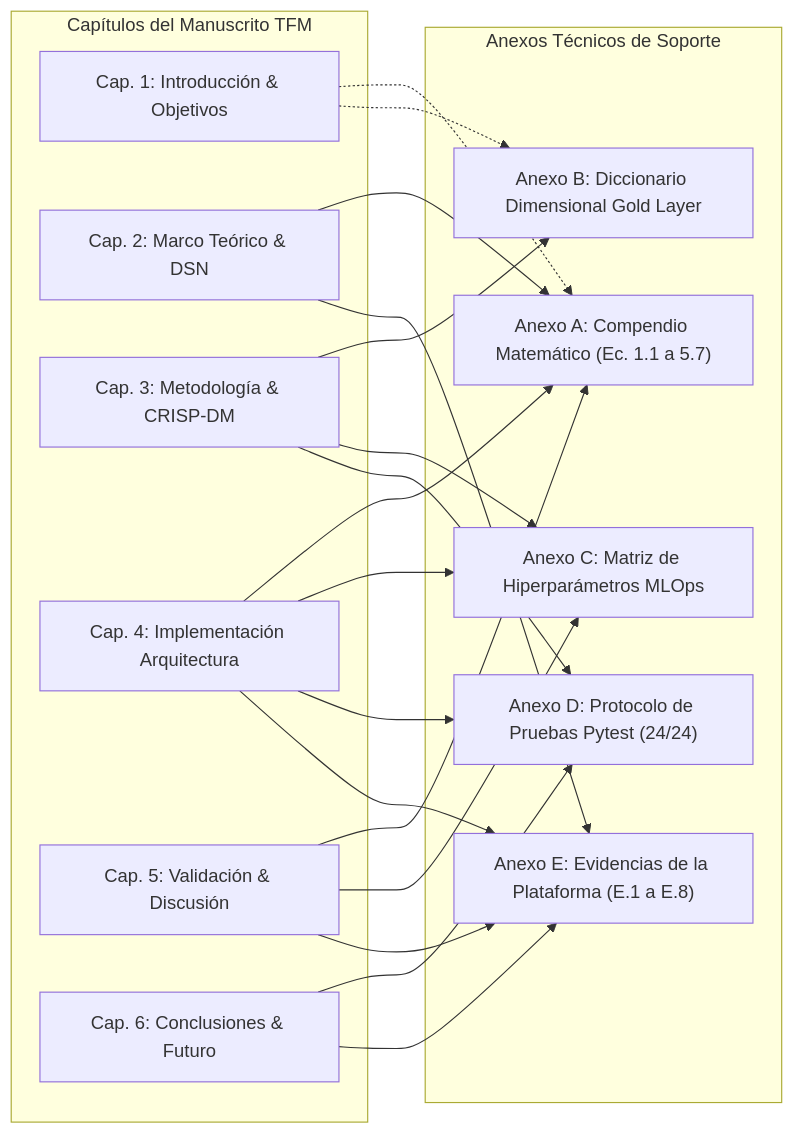
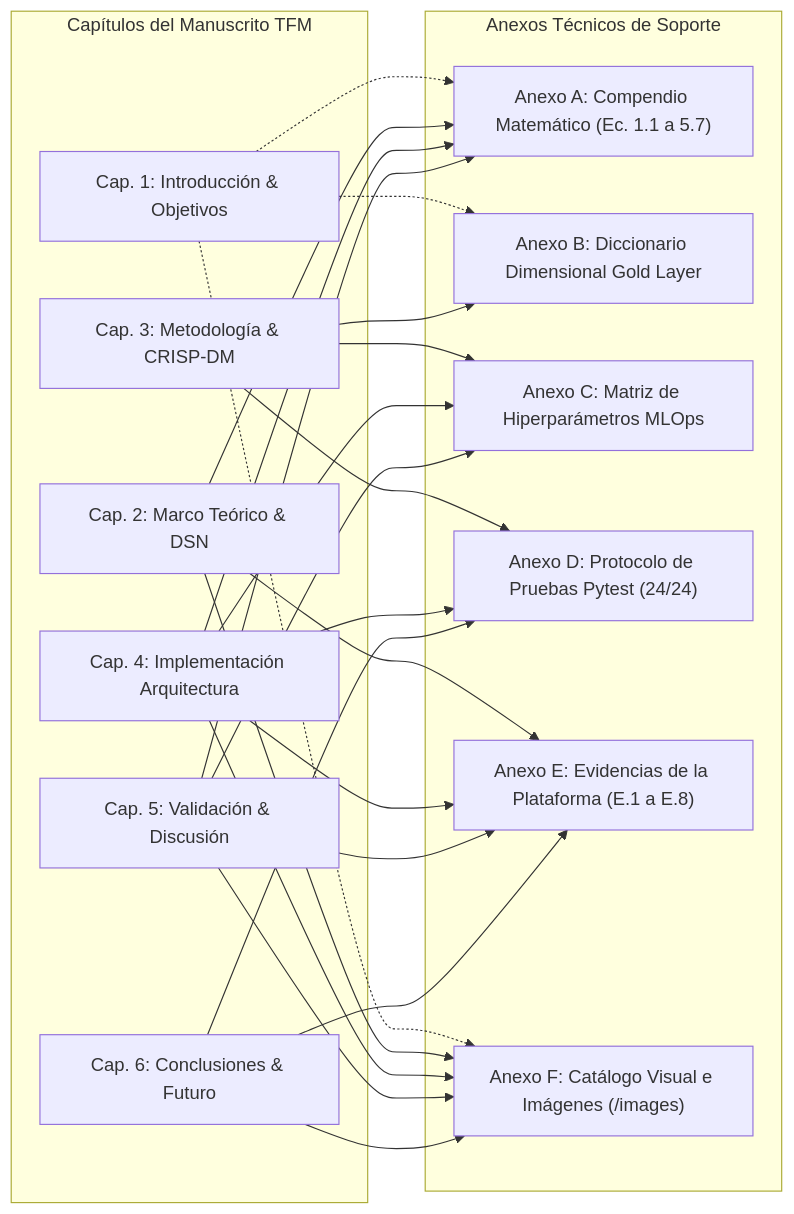
The third of 3 diagrams in docs/Cap1_TFM_Introduccion_y_Objetivos.md (GuillenConcepcion/Smart-Logistics-4.0-Decision-Intelligence), drawn with Mermaid before and after one commit. The commit also changed other lines of this file and 4 other files, not shown here.

````diff
--- a/docs/Cap1_TFM_Introduccion_y_Objetivos.md
+++ b/docs/Cap1_TFM_Introduccion_y_Objetivos.md
@@ -162,26 +162,27 @@
 ```mermaid
 flowchart LR
     subgraph CAPITULOS["Capítulos del Manuscrito TFM"]
         C1["Cap. 1: Introducción & Objetivos"]
         C2["Cap. 2: Marco Teórico & DSN"]
         C3["Cap. 3: Metodología & CRISP-DM"]
         C4["Cap. 4: Implementación Arquitectura"]
         C5["Cap. 5: Validación & Discusión"]
         C6["Cap. 6: Conclusiones & Futuro"]
     end
 
     subgraph ANEXOS["Anexos Técnicos de Soporte"]
         AA["Anexo A: Compendio Matemático (Ec. 1.1 a 5.7)"]
         AB["Anexo B: Diccionario Dimensional Gold Layer"]
         AC["Anexo C: Matriz de Hiperparámetros MLOps"]
         AD["Anexo D: Protocolo de Pruebas Pytest (24/24)"]
         AE["Anexo E: Evidencias de la Plataforma (E.1 a E.8)"]
+        AF["Anexo F: Catálogo Visual e Imágenes (/images)"]
     end
 
-    C1 -.-> AA & AB
-    C2 --> AA & AE
+    C1 -.-> AA & AB & AF
+    C2 --> AA & AE & AF
     C3 --> AB & AC & AD
-    C4 --> AA & AC & AD & AE
-    C5 --> AA & AC & AE
-    C6 --> AD & AE
+    C4 --> AA & AC & AD & AE & AF
+    C5 --> AA & AC & AE & AF
+    C6 --> AD & AE & AF
 ```
````
